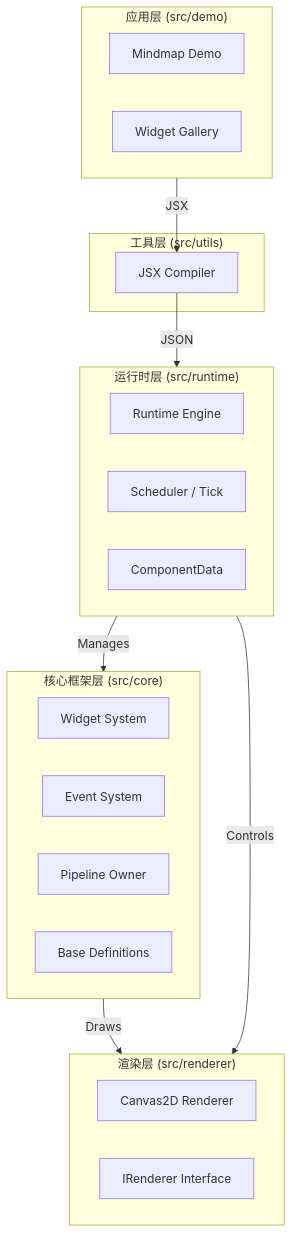
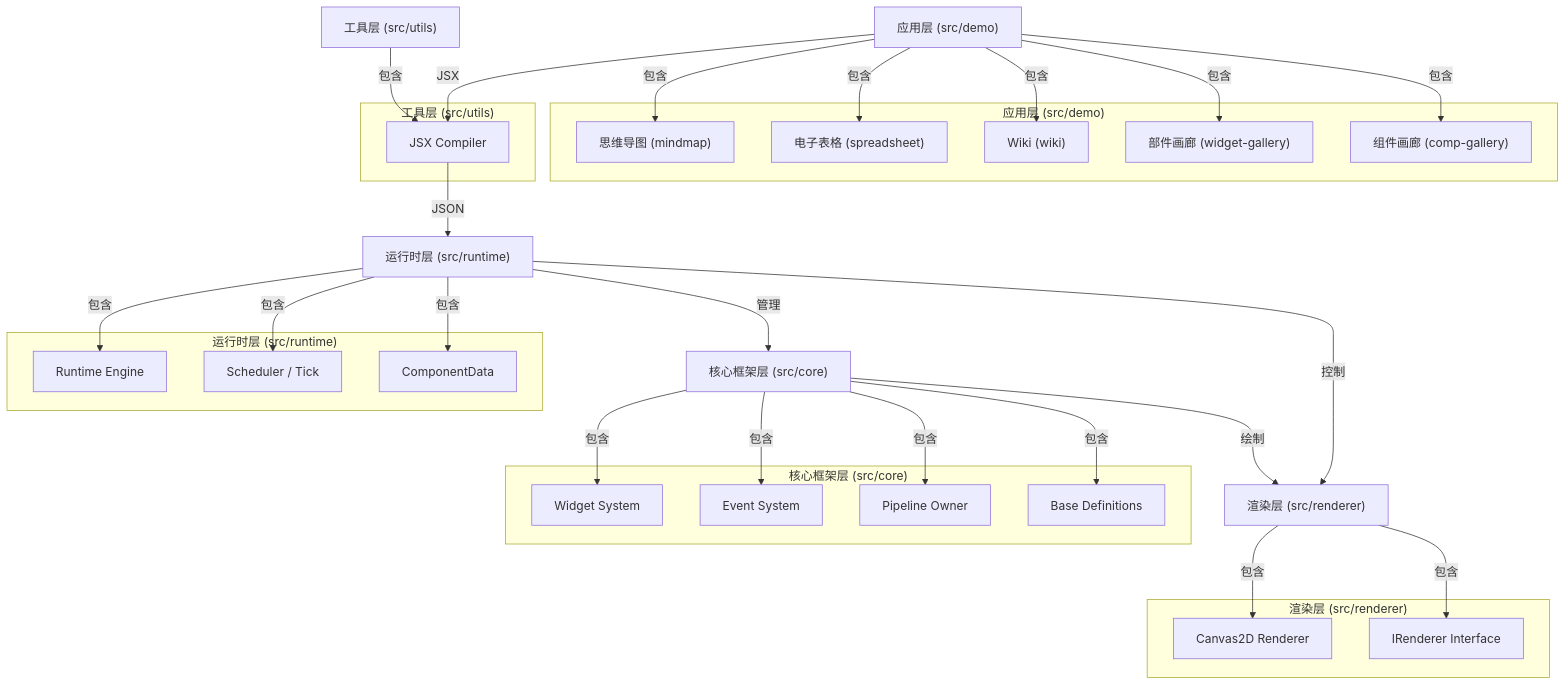
The diagram in docs/core/architecture.md (edeink/inkwell), drawn with Mermaid before and after one commit. The commit also changed other lines of this file and 46 other files, not shown here.

````diff
--- a/docs/core/architecture.md
+++ b/docs/core/architecture.md
@@ -15,35 +15,64 @@
 ```mermaid
 graph TD
-    subgraph Application ["应用层 (src/demo)"]
-        Mindmap[Mindmap Demo]
-        Gallery[Widget Gallery]
+    ApplicationLayer["应用层 (src/demo)"]
+    FrameworkLayer["核心框架层 (src/core)"]
+    RuntimeLayer["运行时层 (src/runtime)"]
+    UtilsLayer["工具层 (src/utils)"]
+    RendererLayer["渲染层 (src/renderer)"]
+
+    subgraph app["应用层 (src/demo)"]
+        Mindmap["思维导图 (mindmap)"]
+        Spreadsheet["电子表格 (spreadsheet)"]
+        Wiki["Wiki (wiki)"]
+        WidgetGallery["部件画廊 (widget-gallery)"]
+        CompGallery["组件画廊 (comp-gallery)"]
     end
 
-    subgraph Framework ["核心框架层 (src/core)"]
-        Widget[Widget System]
-        Events[Event System]
-        Pipeline[Pipeline Owner]
-        Base[Base Definitions]
+    subgraph framework["核心框架层 (src/core)"]
+        Widget["Widget System"]
+        Events["Event System"]
+        Pipeline["Pipeline Owner"]
+        Base["Base Definitions"]
     end
 
-    subgraph Runtime ["运行时层 (src/runtime)"]
-        RT[Runtime Engine]
-        Scheduler[Scheduler / Tick]
-        ComponentData[ComponentData]
+    subgraph runtime["运行时层 (src/runtime)"]
+        RT["Runtime Engine"]
+        Scheduler["Scheduler / Tick"]
+        ComponentData["ComponentData"]
     end
 
-    subgraph Utils ["工具层 (src/utils)"]
-        Compiler[JSX Compiler]
+    subgraph utils["工具层 (src/utils)"]
+        Compiler["JSX Compiler"]
     end
 
-    subgraph Renderer ["渲染层 (src/renderer)"]
-        Canvas2D[Canvas2D Renderer]
-        IRenderer[IRenderer Interface]
+    subgraph renderer["渲染层 (src/renderer)"]
+        Canvas2D["Canvas2D Renderer"]
+        IRenderer["IRenderer Interface"]
     end
 
-    Application -->|JSX| Compiler
-    Compiler -->|JSON| Runtime
-    Runtime -->|Manages| Framework
-    Framework -->|Draws| Renderer
-    Runtime -->|Controls| Renderer
+    ApplicationLayer -->|包含| Mindmap
+    ApplicationLayer -->|包含| Spreadsheet
+    ApplicationLayer -->|包含| Wiki
+    ApplicationLayer -->|包含| WidgetGallery
+    ApplicationLayer -->|包含| CompGallery
+
+    FrameworkLayer -->|包含| Widget
+    FrameworkLayer -->|包含| Events
+    FrameworkLayer -->|包含| Pipeline
+    FrameworkLayer -->|包含| Base
+
+    RuntimeLayer -->|包含| RT
+    RuntimeLayer -->|包含| Scheduler
+    RuntimeLayer -->|包含| ComponentData
+
+    UtilsLayer -->|包含| Compiler
+
+    RendererLayer -->|包含| Canvas2D
+    RendererLayer -->|包含| IRenderer
+
+    ApplicationLayer -->|JSX| Compiler
+    Compiler -->|JSON| RuntimeLayer
+    RuntimeLayer -->|管理| FrameworkLayer
+    FrameworkLayer -->|绘制| RendererLayer
+    RuntimeLayer -->|控制| RendererLayer
 ```
````
